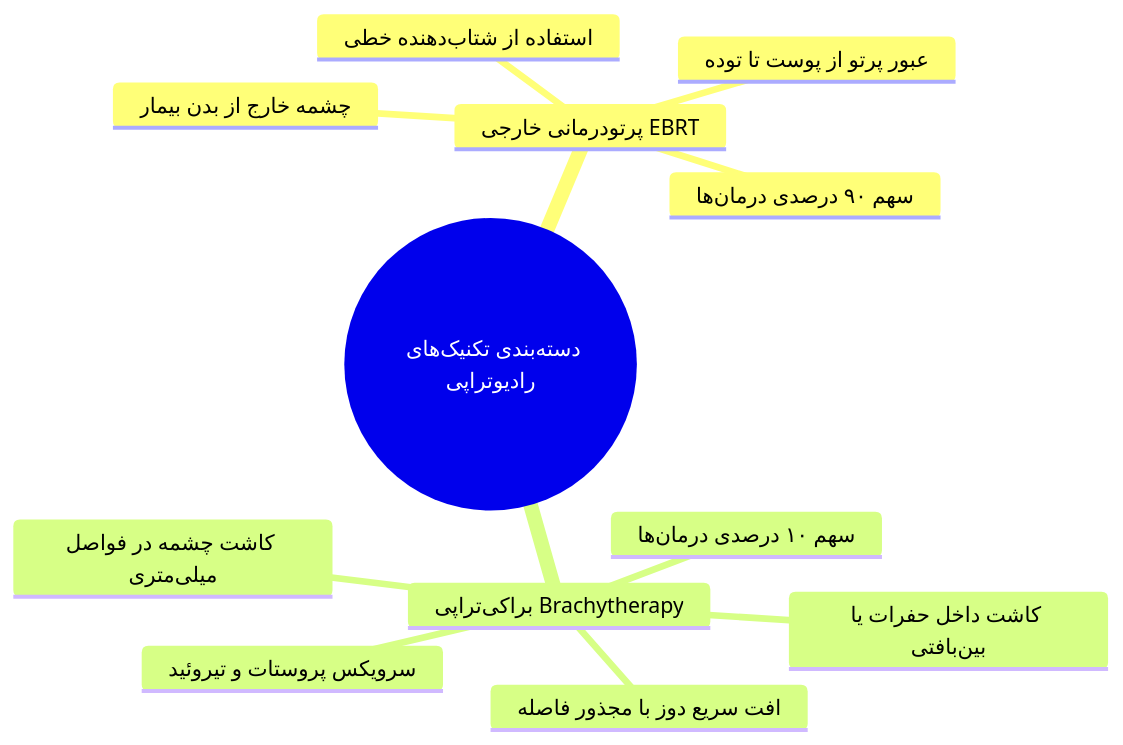
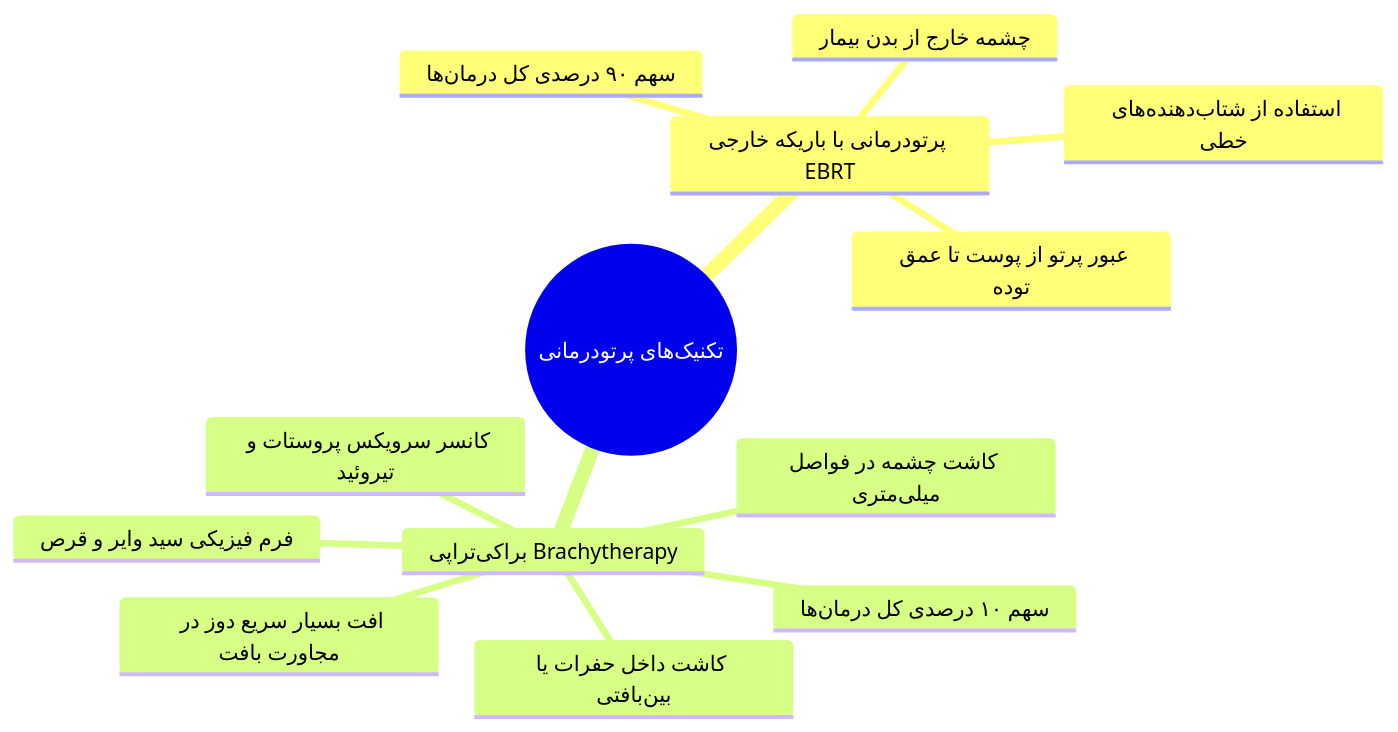
Before and after one commit to neopulse-hub/-TUMS-1402-2-material-notes-: diagram 12 of 13 in 05/فیزیک پزشکی/پایان‌ترم/رادیوتراپی.md, drawn with Mermaid. The commit also changed other lines of this file, not shown here.

````diff
--- a/05/فیزیک پزشکی/پایان‌ترم/رادیوتراپی.md
+++ b/05/فیزیک پزشکی/پایان‌ترم/رادیوتراپی.md
@@ -109,15 +365,16 @@
 ```mermaid
 mindmap
-  root((دسته‌بندی تکنیک‌های رادیوتراپی))
-    پرتودرمانی خارجی EBRT
-      سهم ۹۰ درصدی درمان‌ها
+  root((تکنیک‌های پرتودرمانی))
+    پرتودرمانی با باریکه خارجی EBRT
+      سهم ۹۰ درصدی کل درمان‌ها
       چشمه خارج از بدن بیمار
-      عبور پرتو از پوست تا توده
-      استفاده از شتاب‌دهنده خطی
+      عبور پرتو از پوست تا عمق توده
+      استفاده از شتاب‌دهنده‌های خطی
     براکی‌تراپی Brachytherapy
-      سهم ۱۰ درصدی درمان‌ها
+      سهم ۱۰ درصدی کل درمان‌ها
       کاشت چشمه در فواصل میلی‌متری
+      فرم فیزیکی سید وایر و قرص
       کاشت داخل حفرات یا بین‌بافتی
-      سرویکس پروستات و تیروئید
-      افت سریع دوز با مجذور فاصله
+      کانسر سرویکس پروستات و تیروئید
+      افت بسیار سریع دوز در مجاورت بافت
 ```
````
